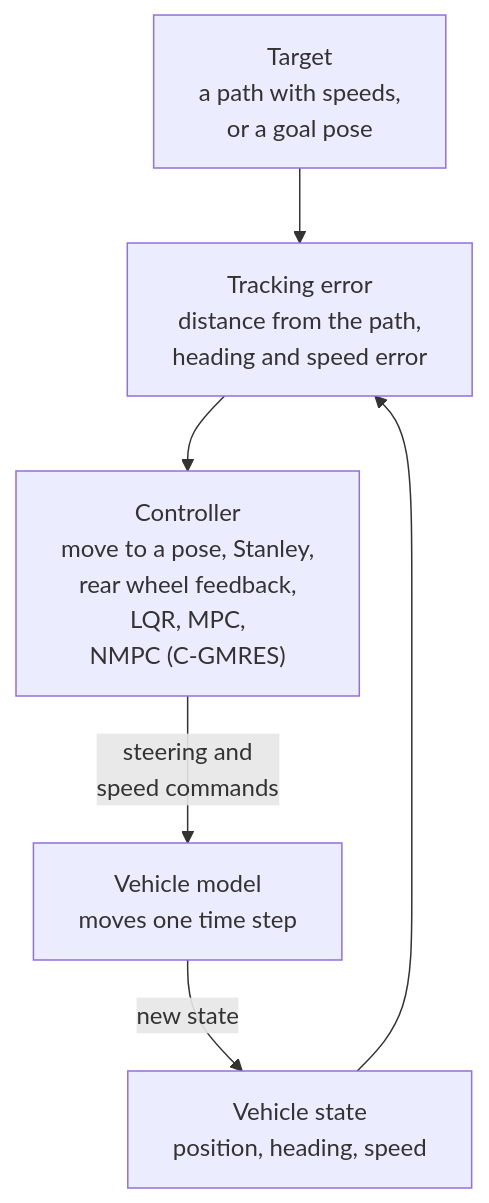
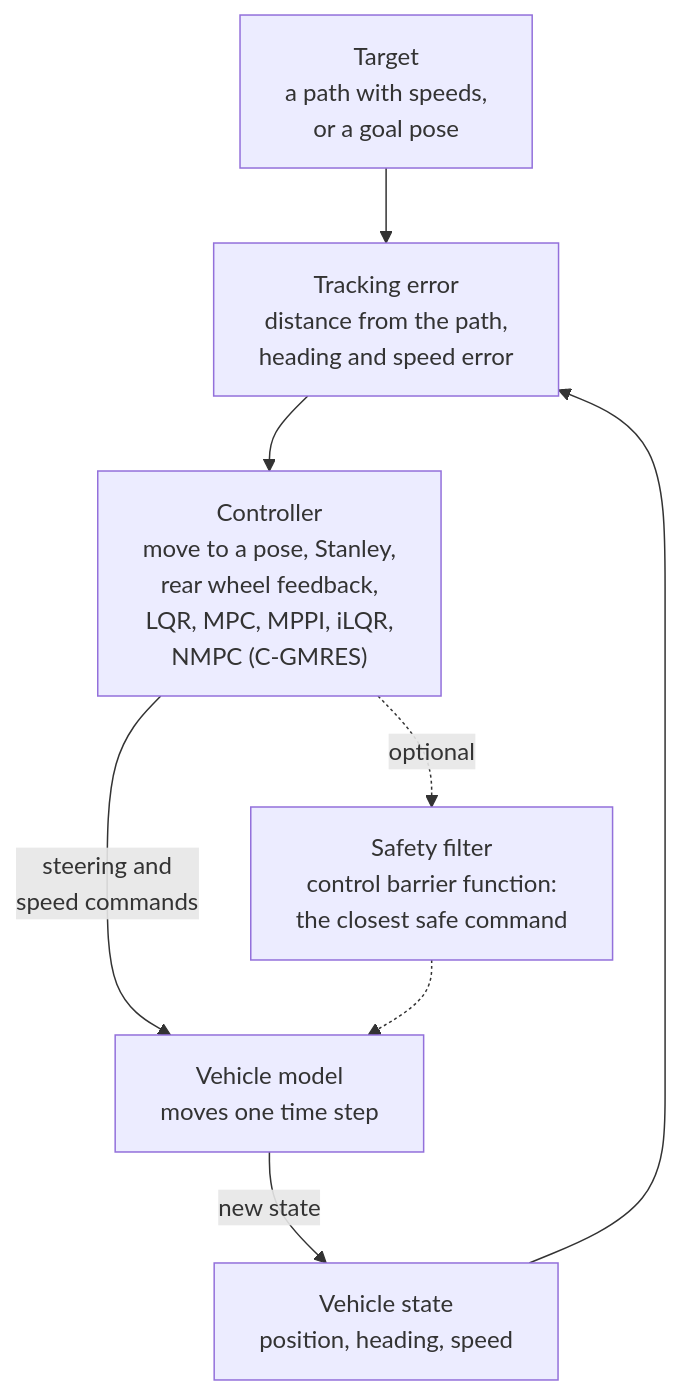
One commit to robofan45/MotionRobocar changed the seventh of 10 diagrams in README.md. Above: the diagram before and after it, drawn with Mermaid. The commit also changed other lines of this file and 8 other files, not shown here.

````diff
--- a/README.md
+++ b/README.md
@@ -708,8 +774,10 @@
 ```mermaid
 flowchart TD
     REF["Target<br/>a path with speeds,<br/>or a goal pose"] --> ERR["Tracking error<br/>distance from the path,<br/>heading and speed error"]
     STATE["Vehicle state<br/>position, heading, speed"] --> ERR
-    ERR --> CTRL["Controller<br/>move to a pose, Stanley,<br/>rear wheel feedback,<br/>LQR, MPC,<br/>NMPC (C-GMRES)"]
+    ERR --> CTRL["Controller<br/>move to a pose, Stanley,<br/>rear wheel feedback,<br/>LQR, MPC, MPPI, iLQR,<br/>NMPC (C-GMRES)"]
     CTRL -->|"steering and<br/>speed commands"| SIM["Vehicle model<br/>moves one time step"]
+    CTRL -.->|"optional"| SAFE["Safety filter<br/>control barrier function:<br/>the closest safe command"]
+    SAFE -.-> SIM
     SIM -->|"new state"| STATE
 ```
````
